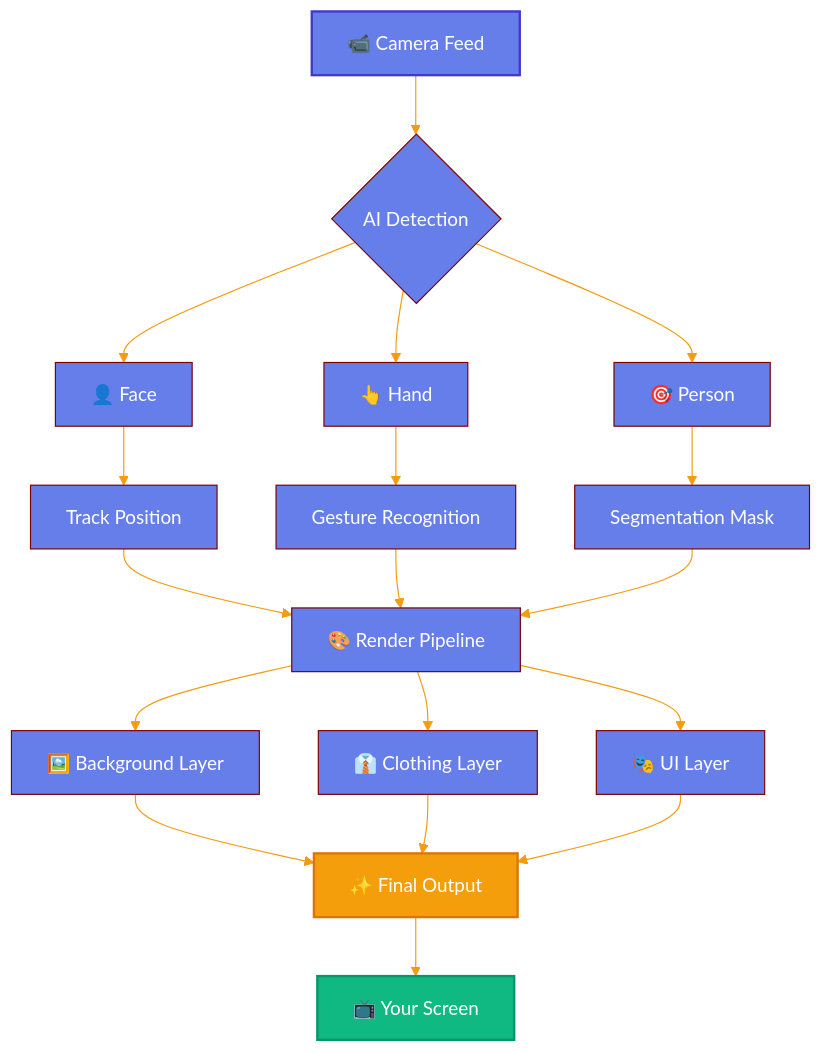
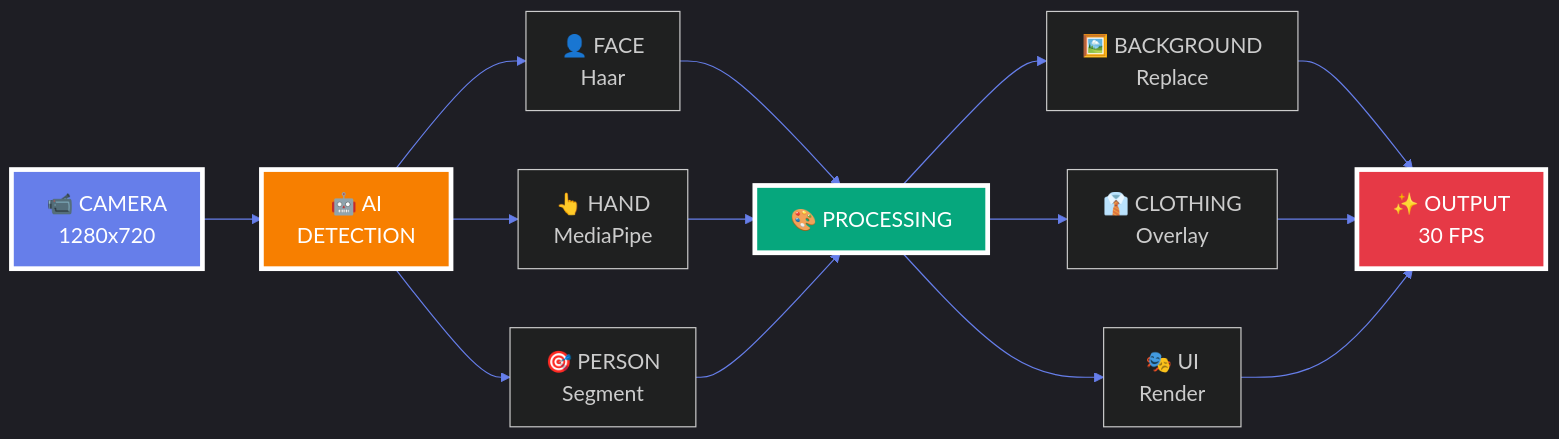
One commit to alam025/AI_Professional_Makeover changed the second of 4 diagrams in readme.md. Above: the diagram before and after it, drawn with Mermaid. The commit also changed other lines of this file, not shown here.

````diff
--- a/readme.md
+++ b/readme.md
@@ -197,31 +149,25 @@
 ```mermaid
-%%{init: {'theme':'base', 'themeVariables': { 'primaryColor':'#667eea','primaryTextColor':'#fff','primaryBorderColor':'#7C0000','lineColor':'#F39C12','secondaryColor':'#006100','tertiaryColor':'#fff'}}}%%
-
-flowchart TD
-    A[📹 Camera Feed] --> B{AI Detection}
-    B --> C[👤 Face]
-    B --> D[👆 Hand]
-    B --> E[🎯 Person]
+%%{init: {'theme':'dark', 'themeVariables': { 'primaryColor':'#667EEA','secondaryColor':'#F77F00','tertiaryColor':'#06A77D','lineColor':'#667EEA','fontSize':'18px'}}}%%
+graph LR
+    A[📹 CAMERA<br/>1280x720] --> B[🤖 AI<br/>DETECTION]
+    B --> C[👤 FACE<br/>Haar]
+    B --> D[👆 HAND<br/>MediaPipe]
+    B --> E[🎯 PERSON<br/>Segment]
     
-    C --> F[Track Position]
-    D --> G[Gesture Recognition]
-    E --> H[Segmentation Mask]
+    C --> F[🎨 PROCESSING]
+    D --> F
+    E --> F
     
-    F --> I[🎨 Render Pipeline]
-    G --> I
-    H --> I
+    F --> G[🖼️ BACKGROUND<br/>Replace]
+    F --> H[👔 CLOTHING<br/>Overlay]
+    F --> I[🎭 UI<br/>Render]
     
-    I --> J[🖼️ Background Layer]
-    I --> K[👔 Clothing Layer]
-    I --> L[🎭 UI Layer]
+    G --> J[✨ OUTPUT<br/>30 FPS]
+    H --> J
+    I --> J
     
-    J --> M[✨ Final Output]
-    K --> M
-    L --> M
-    
-    M --> N[📺 Your Screen]
-    
-    style A fill:#667eea,stroke:#4338ca,stroke-width:2px,color:#fff
-    style N fill:#10b981,stroke:#059669,stroke-width:2px,color:#fff
-    style M fill:#f59e0b,stroke:#d97706,stroke-width:2px,color:#fff
+    style A fill:#667EEA,stroke:#fff,stroke-width:4px,color:#fff
+    style B fill:#F77F00,stroke:#fff,stroke-width:4px,color:#fff
+    style F fill:#06A77D,stroke:#fff,stroke-width:4px,color:#fff
+    style J fill:#E63946,stroke:#fff,stroke-width:4px,color:#fff
 ```
````
